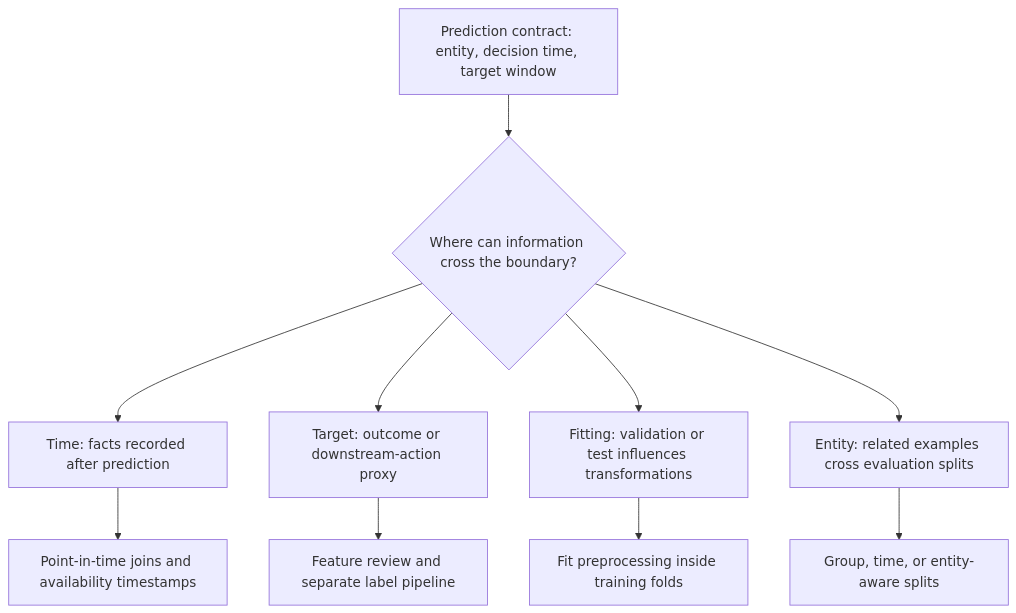
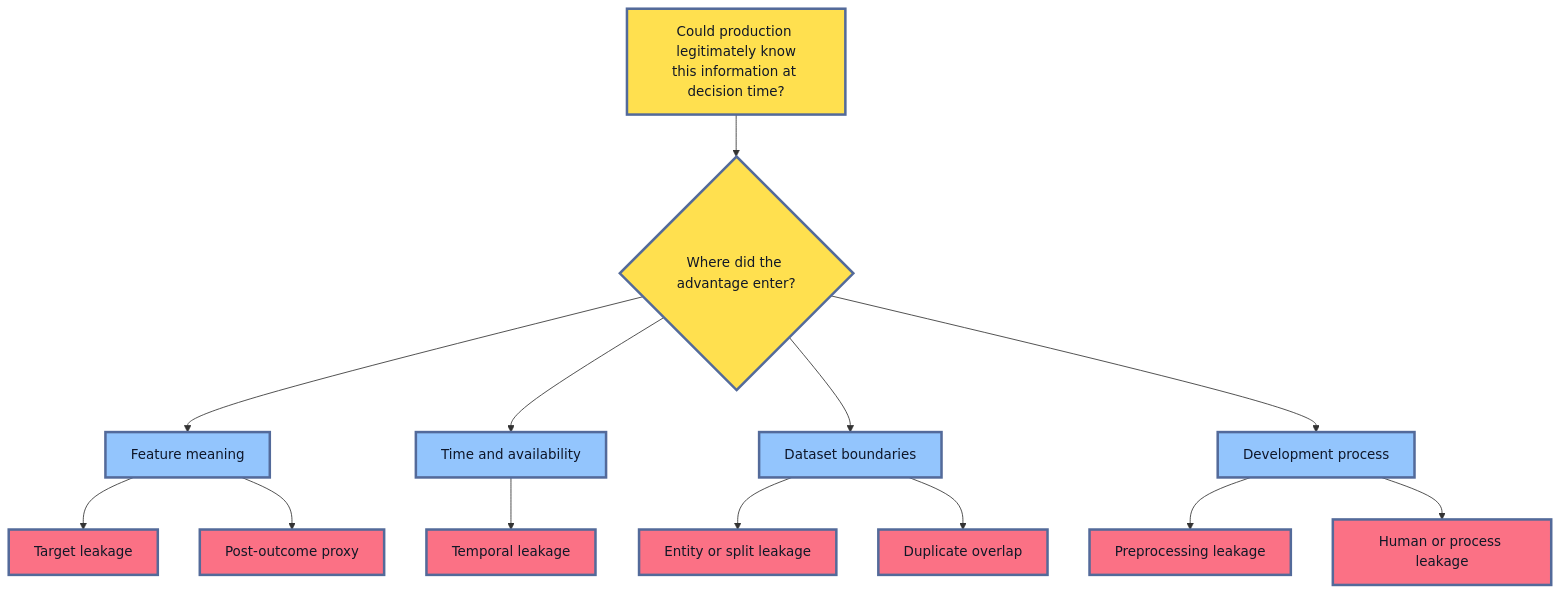
Before and after one commit to senlinyy/dev-roadmaps: the second of 4 diagrams in roadmaps/mlops/modules/data-for-ml-systems/training-data-basics/03-data-leakage-explained.md, drawn with Mermaid. The commit also changed other lines of this file and 198 other files, not shown here.

````diff
--- a/roadmaps/mlops/modules/data-for-ml-systems/training-data-basics/03-data-leakage-explained.md
+++ b/roadmaps/mlops/modules/data-for-ml-systems/training-data-basics/03-data-leakage-explained.md
@@ -17,12 +99,22 @@
 ```mermaid
-flowchart TB
-    Contract["Prediction contract: entity, decision time, target window"] --> Audit{"Where can information cross the boundary?"}
-    Audit --> Time["Time: facts recorded after prediction"]
-    Audit --> Target["Target: outcome or downstream-action proxy"]
-    Audit --> Fit["Fitting: validation or test influences transformations"]
-    Audit --> Entity["Entity: related examples cross evaluation splits"]
-    Time --> Controls["Point-in-time joins and availability timestamps"]
-    Target --> Controls2["Feature review and separate label pipeline"]
-    Fit --> Controls3["Fit preprocessing inside training folds"]
-    Entity --> Controls4["Group, time, or entity-aware splits"]
+flowchart TD
+    A["Could production legitimately know<br/>this information at decision time?"] --> B{"Where did the advantage enter?"}
+    B --> C["Feature meaning"]
+    B --> D["Time and availability"]
+    B --> E["Dataset boundaries"]
+    B --> F["Development process"]
+    C --> G["Target leakage"]
+    C --> H["Post-outcome proxy"]
+    D --> I["Temporal leakage"]
+    E --> J["Entity or split leakage"]
+    E --> K["Duplicate overlap"]
+    F --> L["Preprocessing leakage"]
+    F --> M["Human or process leakage"]
+
+    classDef question fill:#FFE04F,stroke:#536A9A,stroke-width:3px,color:#111827
+    classDef boundary fill:#93C5FD,stroke:#536A9A,stroke-width:3px,color:#0F172A
+    classDef leak fill:#FB7185,stroke:#536A9A,stroke-width:3px,color:#111827
+    class A,B question
+    class C,D,E,F boundary
+    class G,H,I,J,K,L,M leak
 ```
````
